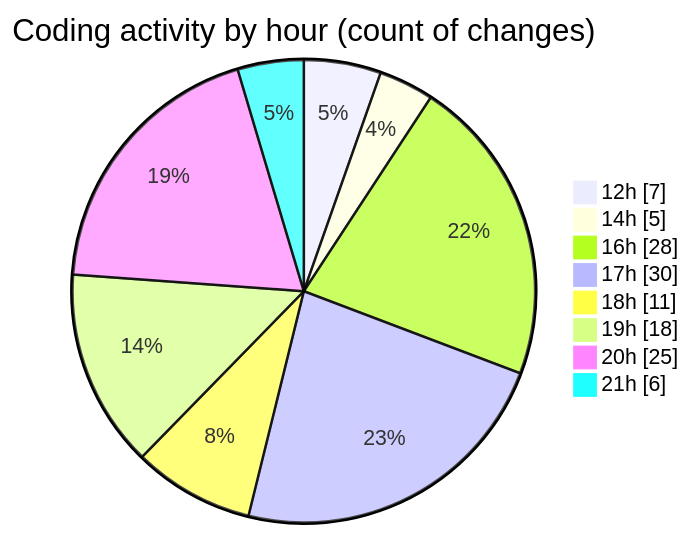
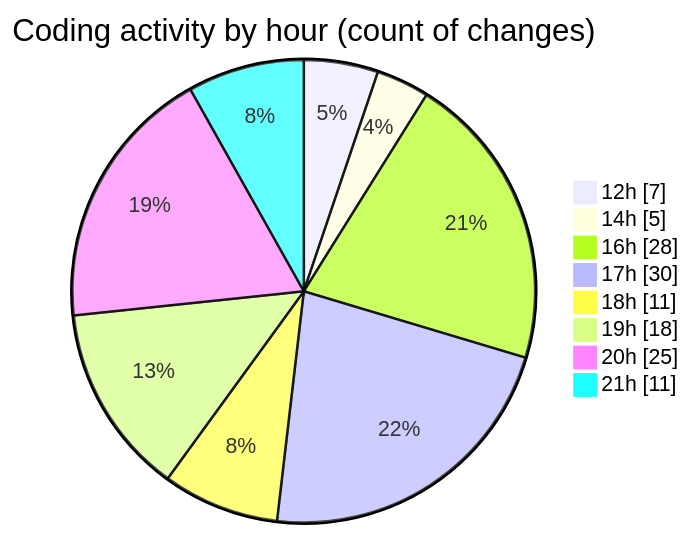
One commit to julien-gomy/code-tracking changed the second of 2 diagrams in 2025-10-06/eventscop-frontend-guide__workspace_/README.md. Above: the diagram before and after it, drawn with Mermaid. The commit also changed other lines of this file and 1 other file, not shown here.

````diff
--- a/2025-10-06/eventscop-frontend-guide__workspace_/README.md
+++ b/2025-10-06/eventscop-frontend-guide__workspace_/README.md
@@ -67,12 +67,12 @@
 ```mermaid
 pie showData
 title Coding activity by hour (count of changes)
 "12h" : 7
 "14h" : 5
 "16h" : 28
 "17h" : 30
 "18h" : 11
 "19h" : 18
 "20h" : 25
-"21h" : 6
+"21h" : 11
 ```
````
